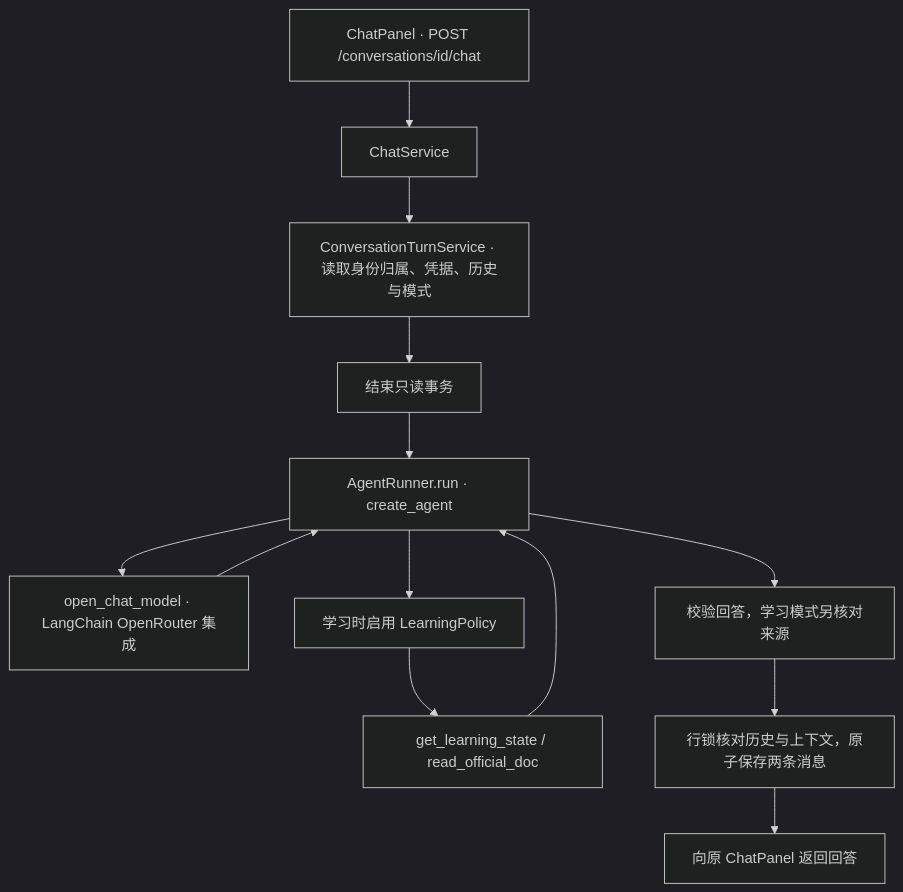
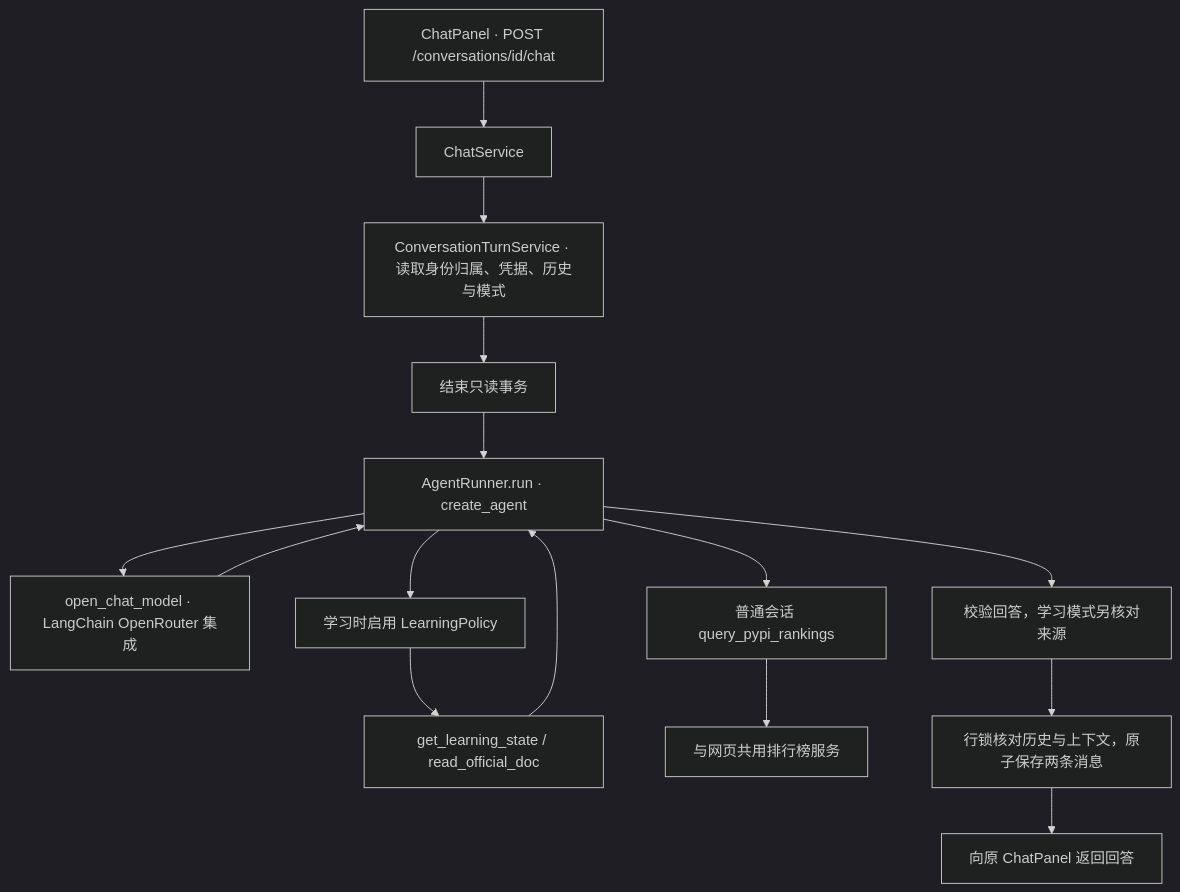
Before and after one commit to byxsssn/ai-workspace: the diagram in docs/agent-runtime.md, drawn with Mermaid (dark theme). The commit also changed other lines of this file and 37 other files, not shown here.

````diff
--- a/docs/agent-runtime.md
+++ b/docs/agent-runtime.md
@@ -9,15 +9,17 @@
 ```mermaid
 flowchart TD
     Request[ChatPanel · POST /conversations/id/chat] --> Chat[ChatService]
     Chat --> Read[ConversationTurnService · 读取身份归属、凭据、历史与模式]
     Read --> End[结束只读事务]
     End --> Runner[AgentRunner.run · create_agent]
     Runner --> Factory[open_chat_model · LangChain OpenRouter 集成]
     Runner --> Policy[学习时启用 LearningPolicy]
     Policy --> Tools[get_learning_state / read_official_doc]
     Tools --> Runner
+    Runner --> Rankings[普通会话 query_pypi_rankings]
+    Rankings --> PublicData[与网页共用排行榜服务]
     Factory --> Runner
     Runner --> Check[校验回答，学习模式另核对来源]
     Check --> Save[行锁核对历史与上下文，原子保存两条消息]
     Save --> Reply[向原 ChatPanel 返回回答]
 ```
````
